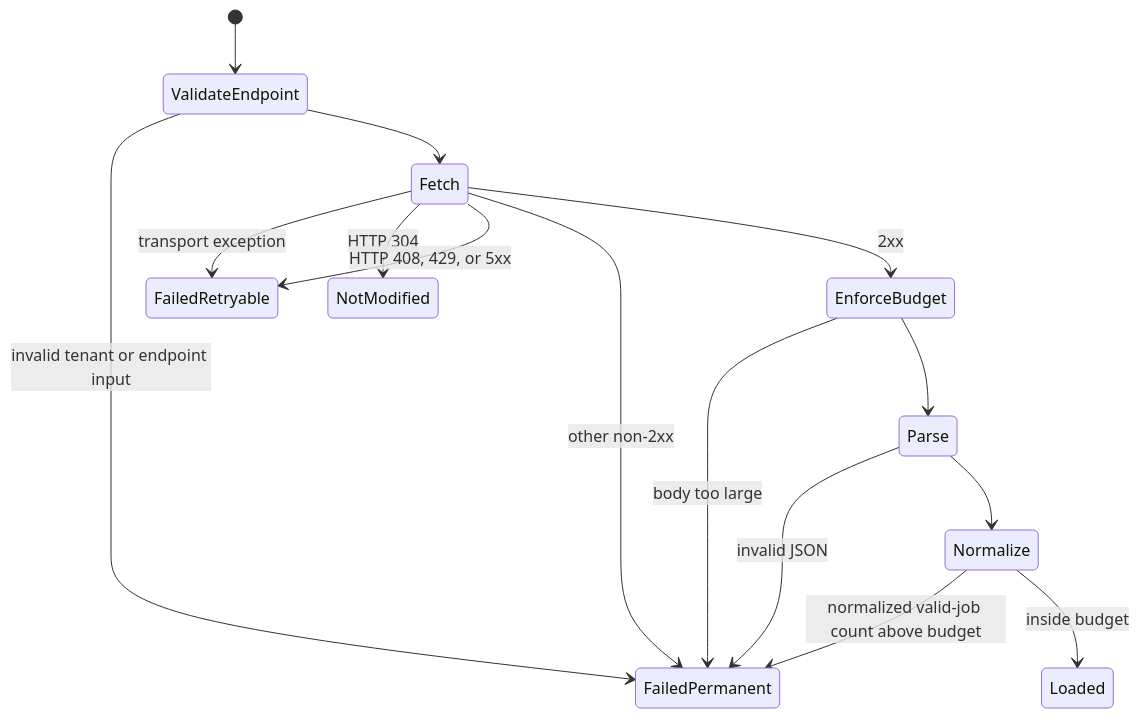
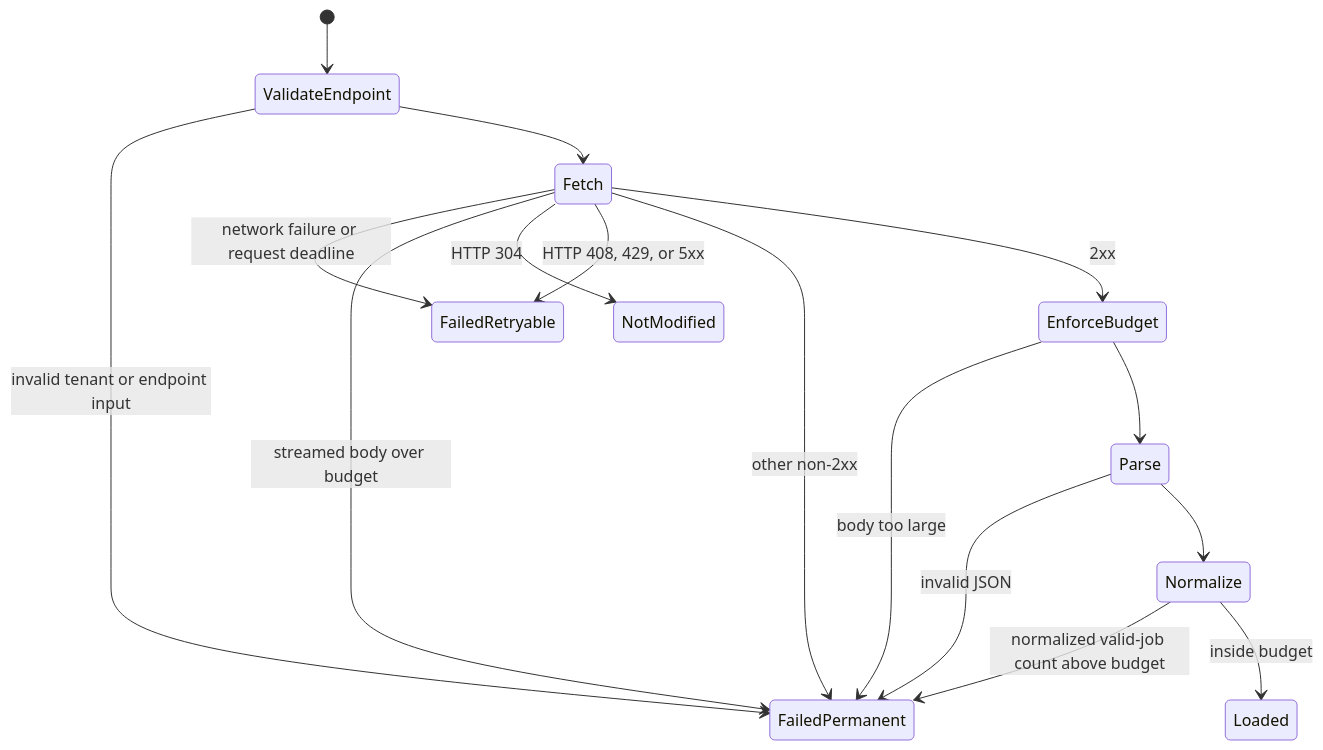
One commit to zackrichland/roledawn changed the third of 4 diagrams in docs/architecture/job-ingestion-runtime.md. Above: the diagram before and after it, drawn with Mermaid. The commit also changed other lines of this file and 589 other files, not shown here.

````diff
--- a/docs/architecture/job-ingestion-runtime.md
+++ b/docs/architecture/job-ingestion-runtime.md
@@ -143,17 +201,18 @@
 ```mermaid
 stateDiagram-v2
     [*] --> ValidateEndpoint
     ValidateEndpoint --> FailedPermanent: invalid tenant or endpoint input
     ValidateEndpoint --> Fetch
-    Fetch --> FailedRetryable: transport exception
+    Fetch --> FailedRetryable: network failure or request deadline
+    Fetch --> FailedPermanent: streamed body over budget
     Fetch --> NotModified: HTTP 304
     Fetch --> FailedRetryable: HTTP 408, 429, or 5xx
     Fetch --> FailedPermanent: other non-2xx
     Fetch --> EnforceBudget: 2xx
     EnforceBudget --> FailedPermanent: body too large
     EnforceBudget --> Parse
     Parse --> FailedPermanent: invalid JSON
     Parse --> Normalize
     Normalize --> FailedPermanent: normalized valid-job count above budget
     Normalize --> Loaded: inside budget
 ```
````
